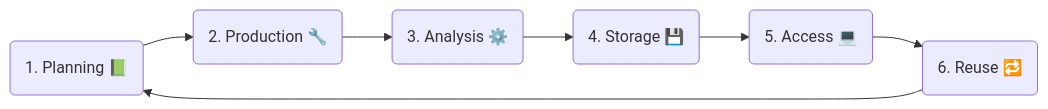
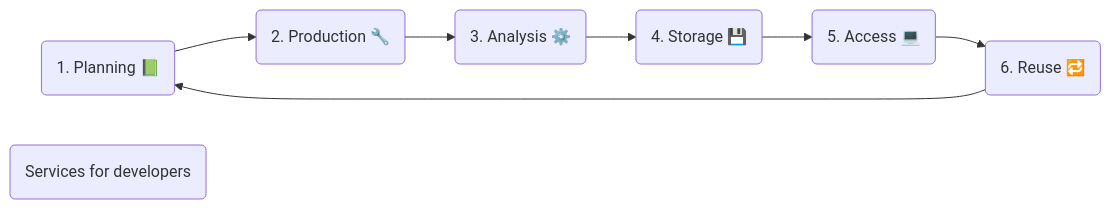
One commit to NFDI4Energy/service-portfolio changed the diagram in docs/index.md. Above: the diagram before and after it, drawn with Mermaid. The commit also changed 2 other files, not shown here.

Commit message:
Update TIB Services

````diff
--- a/docs/index.md
+++ b/docs/index.md
@@ -16,15 +16,17 @@
 ``` mermaid
 flowchart LR
   id1("1. Planning 📗") --> id2("2. Production 🔧")
   id2 --> id3("3. Analysis ⚙️")
   id3 --> id4("4. Storage 💾")
   id4 --> id5("5. Access 💻")
   id5 --> id6("6. Reuse 🔁")
   id6 --> id1
+  id7("Services for developers")
   click id1 "categories/#dlcplanning" _blank
   click id2 "categories/#dlcproduction" _blank
   click id3 "categories/#dlcanalysis" _blank
   click id4 "categories/#dlcstorage" _blank
   click id5 "categories/#dlcaccess" _blank
   click id6 "categories/#dlcre-use" _blank
+  click id7 "categories/#dev" _blank
 ```
````
